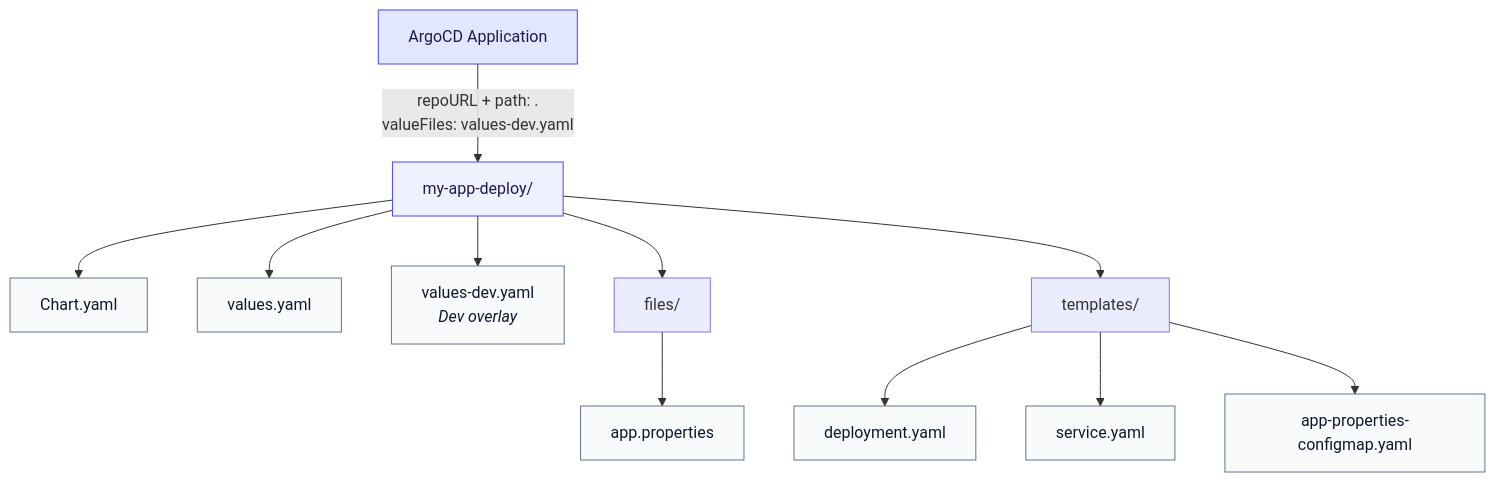
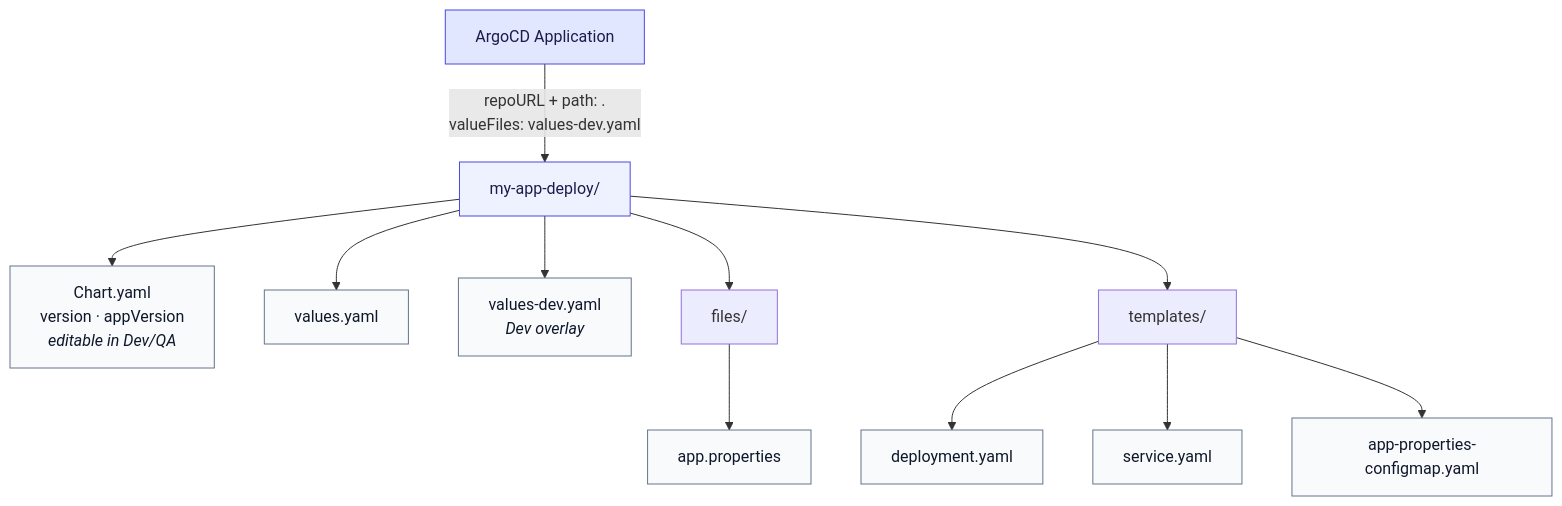
The fifth of 8 diagrams in SA_Guild_Architecture.md (ashir321/work), drawn with Mermaid before and after one commit. The commit also changed other lines of this file and 2 other files, not shown here.

First line of the commit message:
Document editable appVersion in Dev/QA config path

````diff
--- a/SA_Guild_Architecture.md
+++ b/SA_Guild_Architecture.md
@@ -218,25 +218,25 @@
 ```mermaid
 flowchart TD
     ROOT["my-app-deploy/"]
 
-    ROOT --> CHART["Chart.yaml"]
+    ROOT --> CHART["Chart.yaml<br/>version · appVersion<br/><i>editable in Dev/QA</i>"]
     ROOT --> VALUES["values.yaml"]
     ROOT --> VALUES_DEV["values-dev.yaml<br/><i>Dev overlay</i>"]
     ROOT --> FILES["files/"]
     ROOT --> TEMPLATES["templates/"]
 
     FILES --> PROPS["app.properties"]
     TEMPLATES --> DEPLOY_YAML["deployment.yaml"]
     TEMPLATES --> SVC["service.yaml"]
     TEMPLATES --> CM["app-properties-configmap.yaml"]
 
   ARGO["ArgoCD Application"] -->|"repoURL + path: .<br/>valueFiles: values-dev.yaml"| ROOT
 
     classDef folder fill:#eef2ff,stroke:#4f46e5,color:#1e1b4b
     classDef file fill:#f8fafc,stroke:#64748b,color:#0f172a
     classDef watcher fill:#e0e7ff,stroke:#4f46e5,color:#1e1b4b
 
     class ROOT folder
     class CHART,VALUES,VALUES_DEV,PROPS,DEPLOY_YAML,SVC,CM file
     class ARGO watcher
 ```
````
